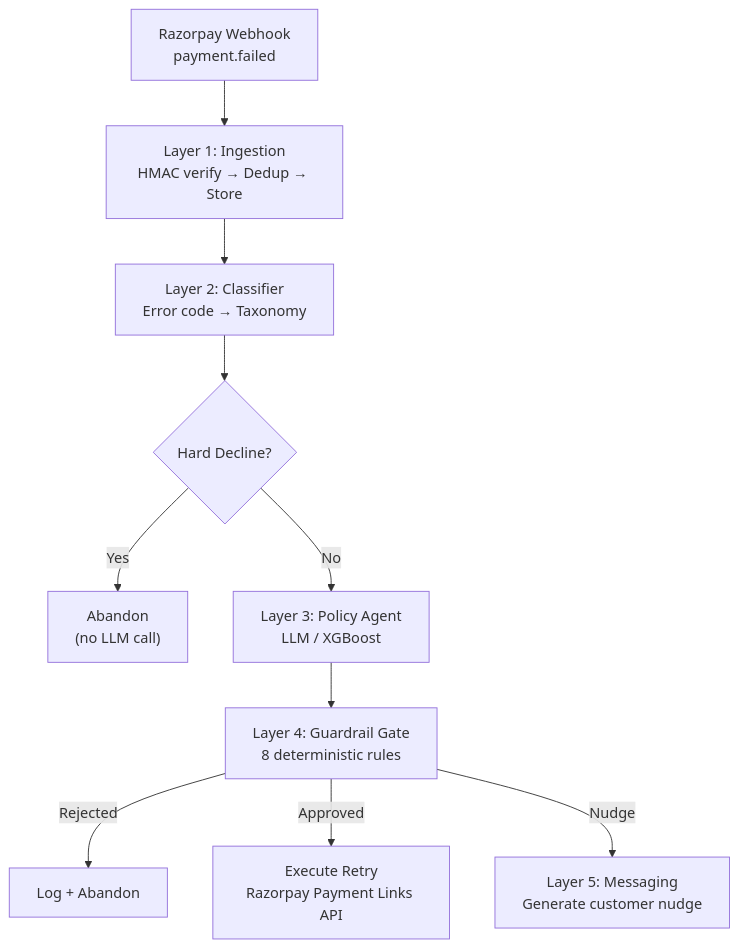
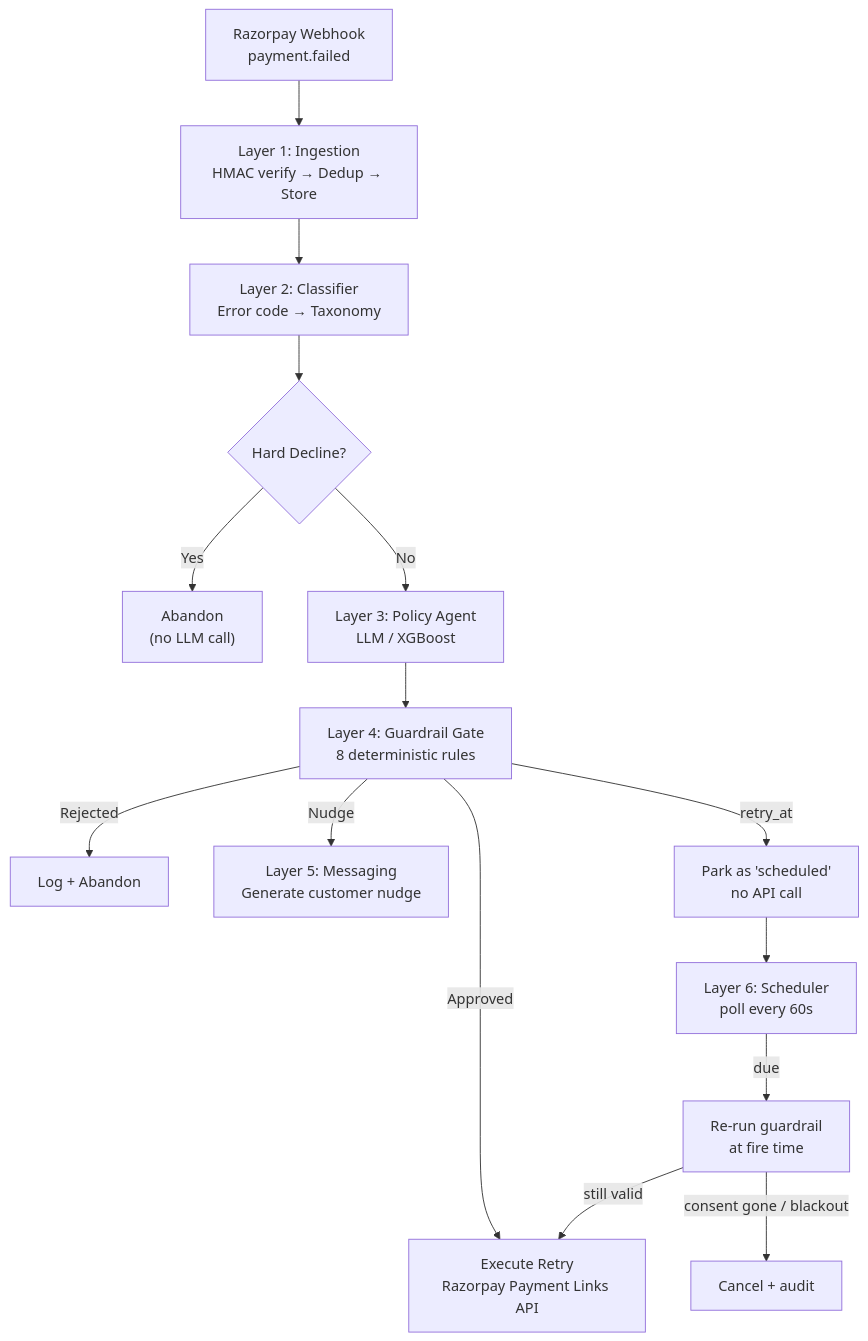
One commit to jitheender-ops/payment-recovery-engine changed the diagram in README.md. Above: the diagram before and after it, drawn with Mermaid. The commit also changed other lines of this file and 7 other files, not shown here.

````diff
--- a/README.md
+++ b/README.md
@@ -77,12 +106,17 @@
 ```mermaid
 flowchart TD
     A["Razorpay Webhook<br>payment.failed"] --> B["Layer 1: Ingestion<br>HMAC verify → Dedup → Store"]
     B --> C["Layer 2: Classifier<br>Error code → Taxonomy"]
     C --> D{"Hard Decline?"}
     D -->|Yes| E["Abandon<br>(no LLM call)"]
     D -->|No| F["Layer 3: Policy Agent<br>LLM / XGBoost"]
     F --> G["Layer 4: Guardrail Gate<br>8 deterministic rules"]
     G -->|Rejected| H["Log + Abandon"]
     G -->|Approved| I["Execute Retry<br>Razorpay Payment Links API"]
     G -->|Nudge| J["Layer 5: Messaging<br>Generate customer nudge"]
+    G -->|retry_at| K["Park as 'scheduled'<br>no API call"]
+    K --> L["Layer 6: Scheduler<br>poll every 60s"]
+    L -->|due| M["Re-run guardrail<br>at fire time"]
+    M -->|still valid| I
+    M -->|consent gone / blackout| N["Cancel + audit"]
 ```
````
